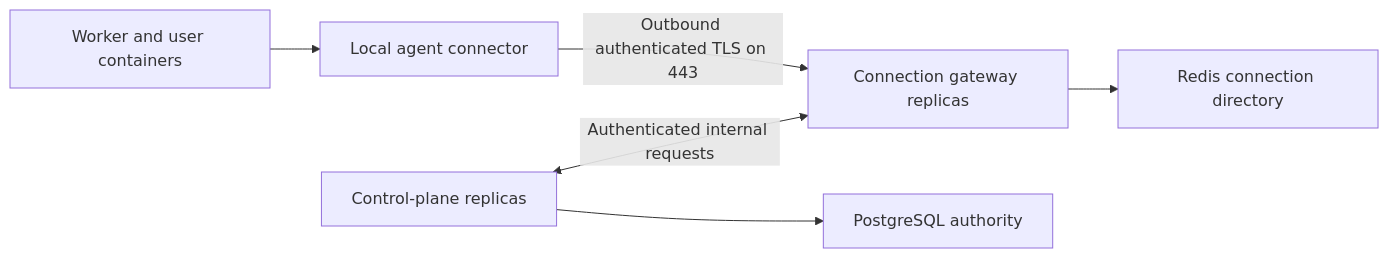
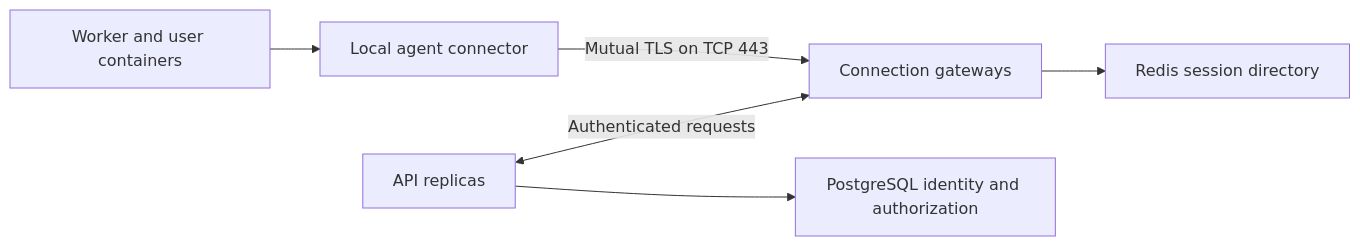
Before and after one commit to AmbientWare/lazycloud: the diagram in deploy/agent-tunnel-plan.md, drawn with Mermaid. The commit also changed other lines of this file and 76 other files, not shown here.

````diff
--- a/deploy/agent-tunnel-plan.md
+++ b/deploy/agent-tunnel-plan.md
@@ -27,8 +13,8 @@
 ```mermaid
 flowchart LR
     W[Worker and user containers] --> L[Local agent connector]
-    L -->|Outbound authenticated TLS on 443| G[Connection gateway replicas]
-    C[Control-plane replicas] <-->|Authenticated internal requests| G
-    G --> R[Redis connection directory]
-    C --> P[PostgreSQL authority]
+    L -->|Mutual TLS on TCP 443| G[Connection gateways]
+    C[API replicas] <-->|Authenticated requests| G
+    G --> R[Redis session directory]
+    C --> P[PostgreSQL identity and authorization]
 ```
````
